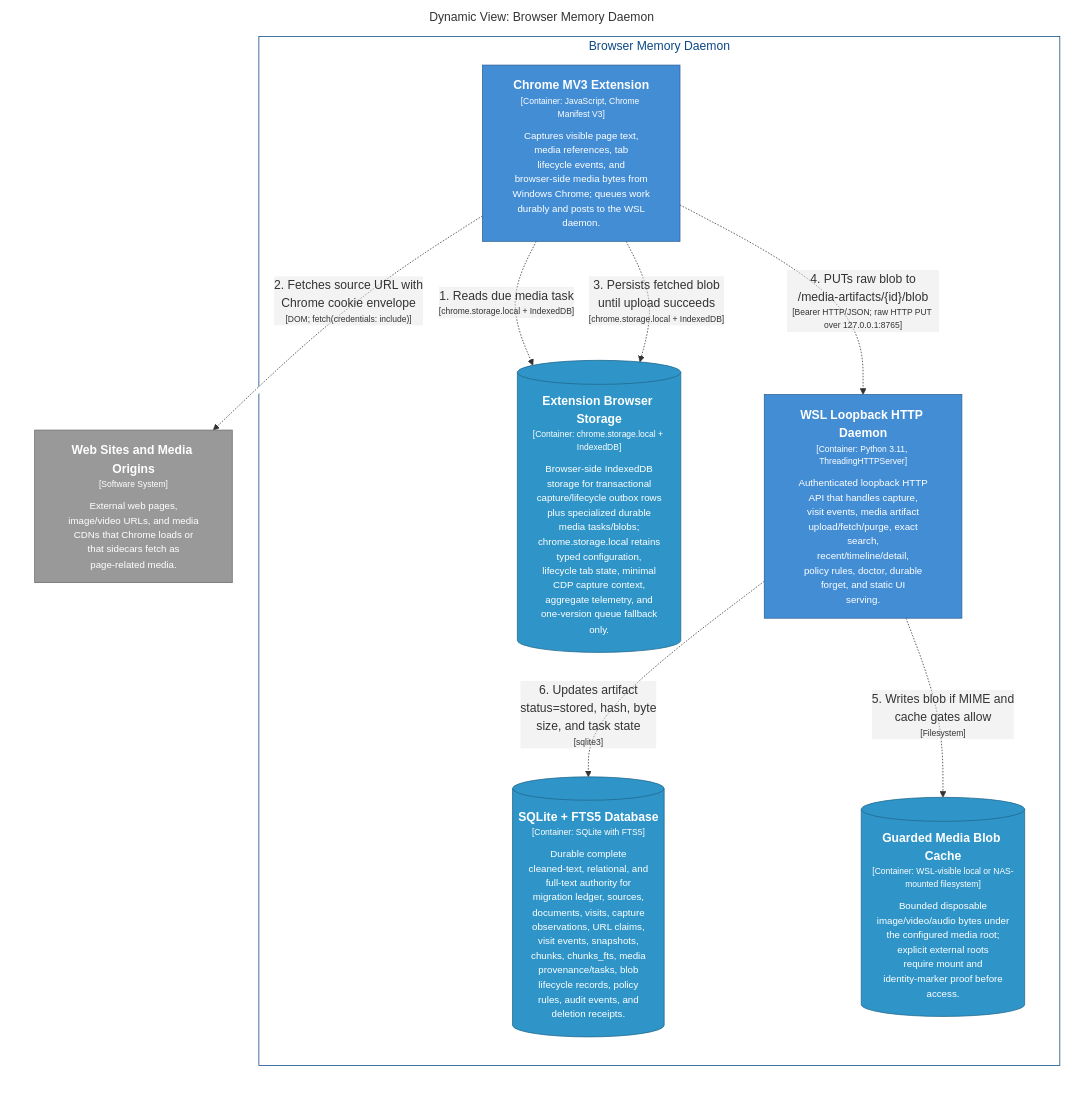
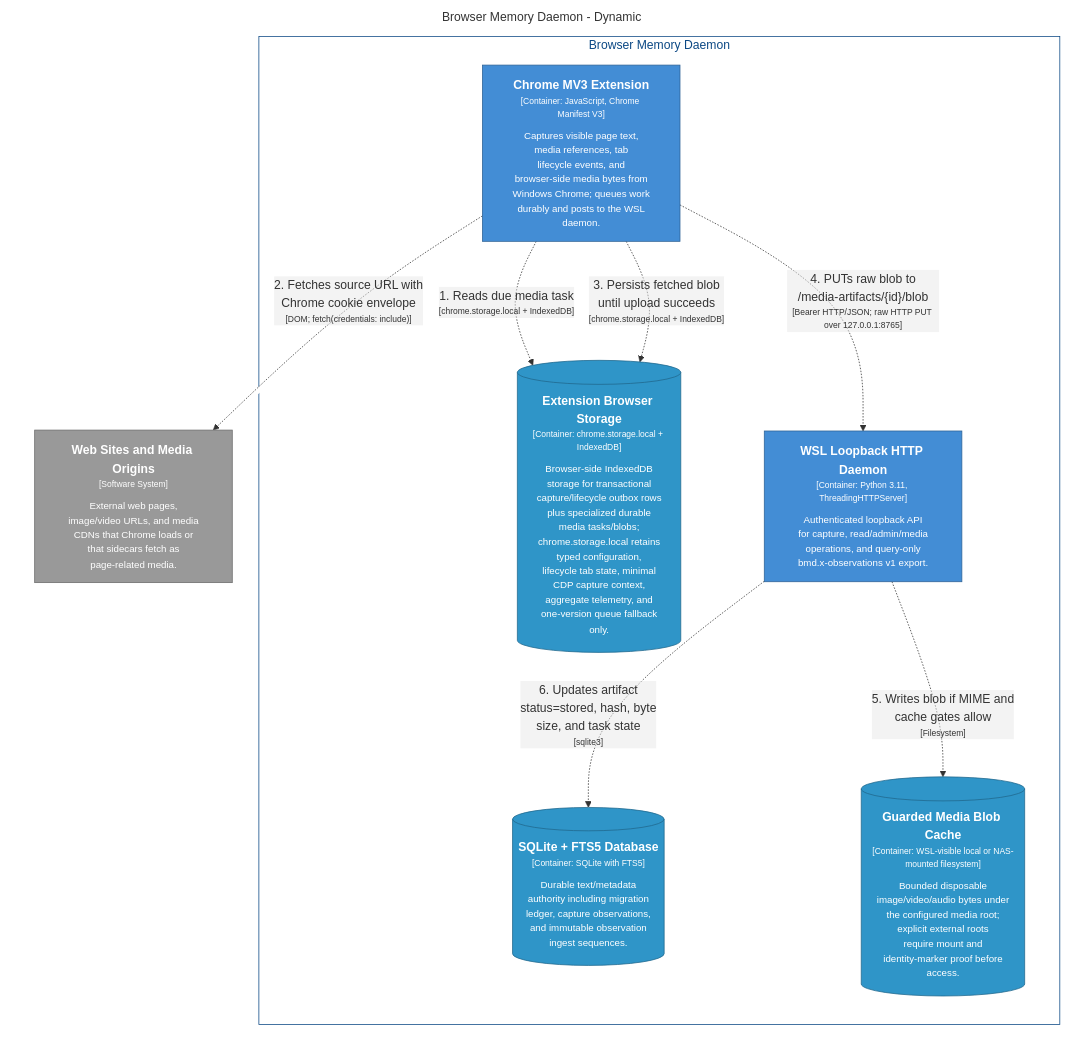
One commit to michaelnicks0/browser-memory-daemon changed the diagram in docs/architecture/diagrams/markdown/CredentialedMediaSidecarFlow.md. Above: the diagram before and after it, drawn with Mermaid. The commit also changed 331 other files, not shown here.

Commit message:
docs: refresh architecture and publish surfaces

````diff
--- a/docs/architecture/diagrams/markdown/CredentialedMediaSidecarFlow.md
+++ b/docs/architecture/diagrams/markdown/CredentialedMediaSidecarFlow.md
@@ -16,34 +16,33 @@
 ```mermaid
 graph LR
   linkStyle default fill:#ffffff
 
-  subgraph diagram ["Dynamic View: Browser Memory Daemon"]
+  subgraph diagram ["Browser Memory Daemon - Dynamic"]
     style diagram fill:#ffffff,stroke:#ffffff
 
     subgraph 4 ["Browser Memory Daemon"]
       style 4 fill:#ffffff,stroke:#0b4884,color:#0b4884
 
       21[("<div style='font-weight: bold'>Extension Browser Storage</div><div style='font-size: 70%; margin-top: 0px'>[Container: chrome.storage.local + IndexedDB]</div><div style='font-size: 80%; margin-top:10px'>Browser-side IndexedDB<br />storage for transactional<br />capture/lifecycle outbox rows<br />plus specialized durable<br />media tasks/blobs;<br />chrome.storage.local retains<br />typed configuration,<br />lifecycle tab state, minimal<br />CDP capture context,<br />aggregate telemetry, and<br />one-version queue fallback<br />only.</div>")]
       style 21 fill:#2f95c8,stroke:#20688c,color:#ffffff
-      22["<div style='font-weight: bold'>WSL Loopback HTTP Daemon</div><div style='font-size: 70%; margin-top: 0px'>[Container: Python 3.11, ThreadingHTTPServer]</div><div style='font-size: 80%; margin-top:10px'>Authenticated loopback HTTP<br />API that handles capture,<br />visit events, media artifact<br />upload/fetch/purge, exact<br />search,<br />recent/timeline/detail,<br />policy rules, doctor, durable<br />forget, and static UI<br />serving.</div>"]
+      22["<div style='font-weight: bold'>WSL Loopback HTTP Daemon</div><div style='font-size: 70%; margin-top: 0px'>[Container: Python 3.11, ThreadingHTTPServer]</div><div style='font-size: 80%; margin-top:10px'>Authenticated loopback API<br />for capture, read/admin/media<br />operations, and query-only<br />bmd.x-observations v1 export.</div>"]
       style 22 fill:#438dd5,stroke:#2e6295,color:#ffffff
-      48[("<div style='font-weight: bold'>SQLite + FTS5 Database</div><div style='font-size: 70%; margin-top: 0px'>[Container: SQLite with FTS5]</div><div style='font-size: 80%; margin-top:10px'>Durable complete<br />cleaned-text, relational, and<br />full-text authority for<br />migration ledger, sources,<br />documents, visits, capture<br />observations, URL claims,<br />visit events, snapshots,<br />chunks, chunks_fts, media<br />provenance/tasks, blob<br />lifecycle records, policy<br />rules, audit events, and<br />deletion receipts.</div>")]
-      style 48 fill:#2f95c8,stroke:#20688c,color:#ffffff
+      49[("<div style='font-weight: bold'>SQLite + FTS5 Database</div><div style='font-size: 70%; margin-top: 0px'>[Container: SQLite with FTS5]</div><div style='font-size: 80%; margin-top:10px'>Durable text/metadata<br />authority including migration<br />ledger, capture observations,<br />and immutable observation<br />ingest sequences.</div>")]
+      style 49 fill:#2f95c8,stroke:#20688c,color:#ffffff
       5["<div style='font-weight: bold'>Chrome MV3 Extension</div><div style='font-size: 70%; margin-top: 0px'>[Container: JavaScript, Chrome Manifest V3]</div><div style='font-size: 80%; margin-top:10px'>Captures visible page text,<br />media references, tab<br />lifecycle events, and<br />browser-side media bytes from<br />Windows Chrome; queues work<br />durably and posts to the WSL<br />daemon.</div>"]
       style 5 fill:#438dd5,stroke:#2e6295,color:#ffffff
-      50[("<div style='font-weight: bold'>Guarded Media Blob Cache</div><div style='font-size: 70%; margin-top: 0px'>[Container: WSL-visible local or NAS-mounted filesystem]</div><div style='font-size: 80%; margin-top:10px'>Bounded disposable<br />image/video/audio bytes under<br />the configured media root;<br />explicit external roots<br />require mount and<br />identity-marker proof before<br />access.</div>")]
-      style 50 fill:#2f95c8,stroke:#20688c,color:#ffffff
+      51[("<div style='font-weight: bold'>Guarded Media Blob Cache</div><div style='font-size: 70%; margin-top: 0px'>[Container: WSL-visible local or NAS-mounted filesystem]</div><div style='font-size: 80%; margin-top:10px'>Bounded disposable<br />image/video/audio bytes under<br />the configured media root;<br />explicit external roots<br />require mount and<br />identity-marker proof before<br />access.</div>")]
+      style 51 fill:#2f95c8,stroke:#20688c,color:#ffffff
     end
 
     3["<div style='font-weight: bold'>Web Sites and Media Origins</div><div style='font-size: 70%; margin-top: 0px'>[Software System]</div><div style='font-size: 80%; margin-top:10px'>External web pages,<br />image/video URLs, and media<br />CDNs that Chrome loads or<br />that sidecars fetch as<br />page-related media.</div>"]
     style 3 fill:#999999,stroke:#6b6b6b,color:#ffffff
 
     5-. "<div>1. Reads due media task</div><div style='font-size: 70%'>[chrome.storage.local + IndexedDB]</div>" .->21
     5-. "<div>2. Fetches source URL with<br />Chrome cookie envelope</div><div style='font-size: 70%'>[DOM; fetch(credentials: include)]</div>" .->3
     5-. "<div>3. Persists fetched blob<br />until upload succeeds</div><div style='font-size: 70%'>[chrome.storage.local + IndexedDB]</div>" .->21
     5-. "<div>4. PUTs raw blob to<br />/media-artifacts/{id}/blob</div><div style='font-size: 70%'>[Bearer HTTP/JSON; raw HTTP PUT over 127.0.0.1:8765]</div>" .->22
-    22-. "<div>5. Writes blob if MIME and<br />cache gates allow</div><div style='font-size: 70%'>[Filesystem]</div>" .->50
-    22-. "<div>6. Updates artifact<br />status=stored, hash, byte<br />size, and task state</div><div style='font-size: 70%'>[sqlite3]</div>" .->48
-
+    22-. "<div>5. Writes blob if MIME and<br />cache gates allow</div><div style='font-size: 70%'>[Filesystem]</div>" .->51
+    22-. "<div>6. Updates artifact<br />status=stored, hash, byte<br />size, and task state</div><div style='font-size: 70%'>[sqlite3]</div>" .->49
   end
 ```
````
